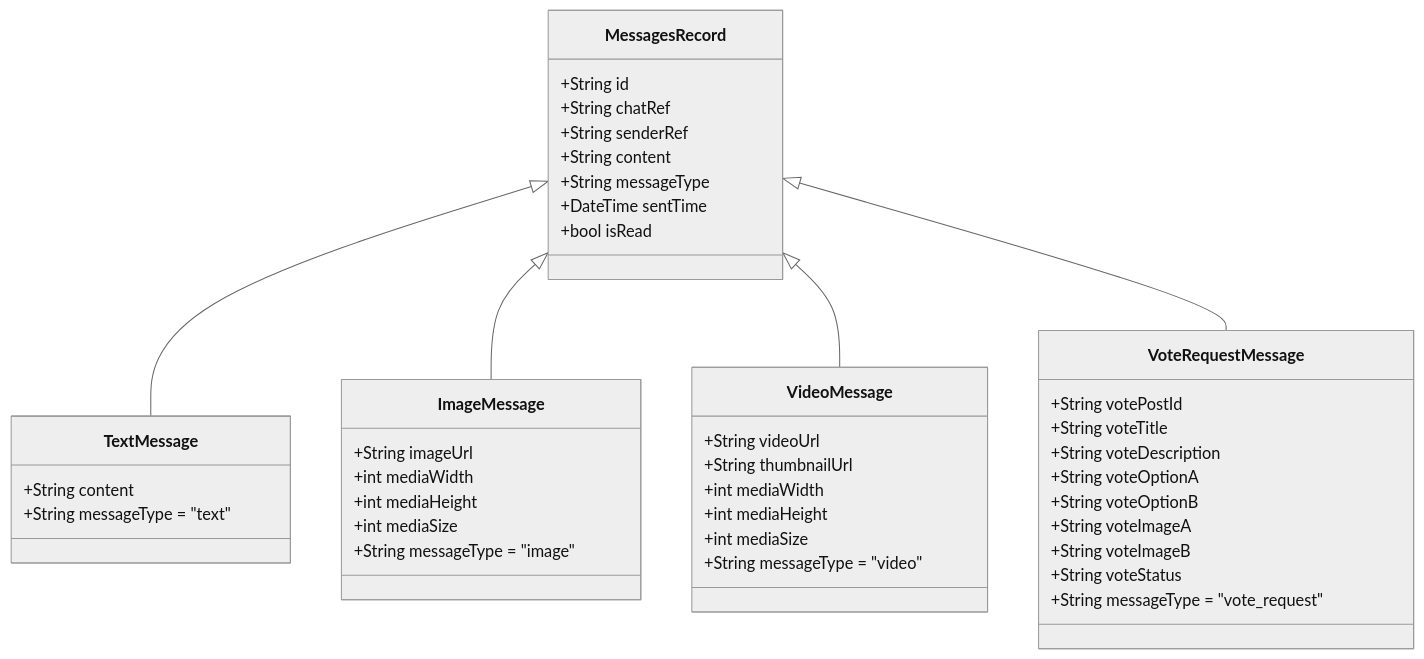
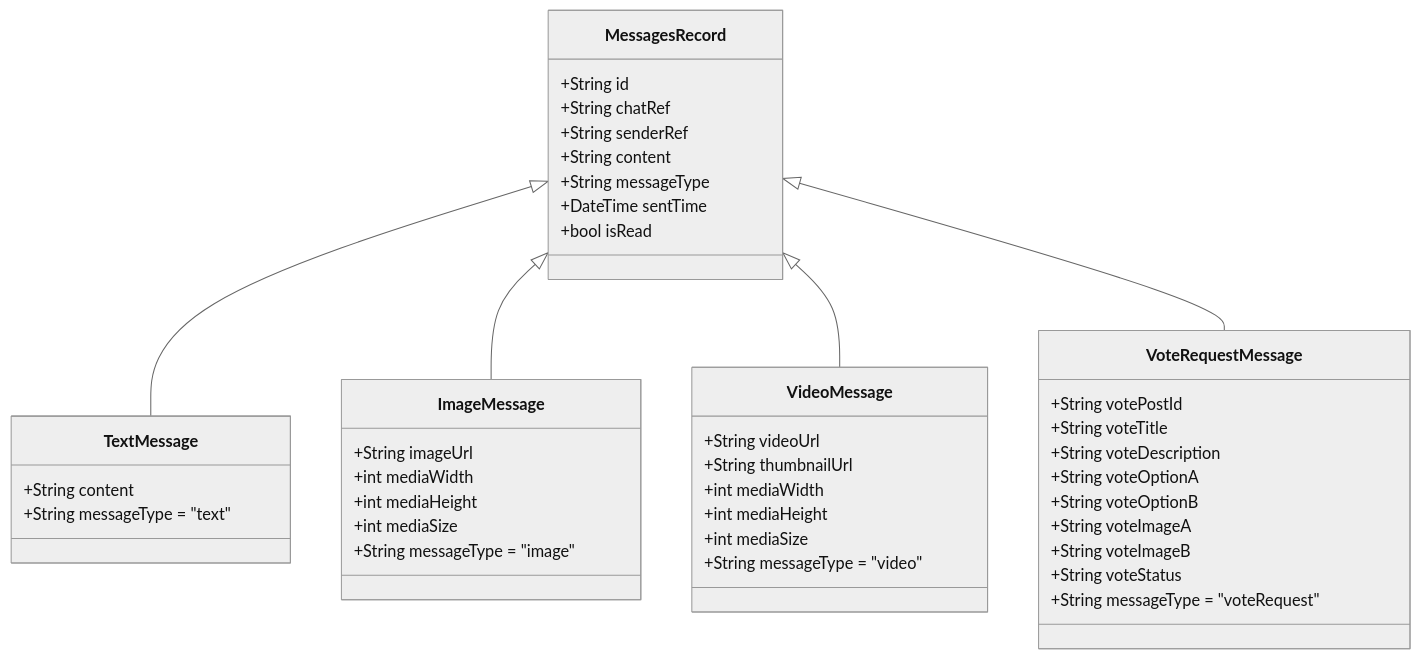
Diagram 15 of 17 in 백엔드다이어그램.md (gblack84/versus-cursor), drawn with Mermaid (neutral theme) before and after one commit. The commit also changed other lines of this file and 89 other files, not shown here.

````diff
--- a/백엔드다이어그램.md
+++ b/백엔드다이어그램.md
@@ -822,51 +822,51 @@
 ```mermaid
 classDiagram
     class MessagesRecord {
         +String id
         +String chatRef
         +String senderRef
         +String content
         +String messageType
         +DateTime sentTime
         +bool isRead
     }
     
     class TextMessage {
         +String content
         +String messageType = "text"
     }
     
     class ImageMessage {
         +String imageUrl
         +int mediaWidth
         +int mediaHeight
         +int mediaSize
         +String messageType = "image"
     }
     
     class VideoMessage {
         +String videoUrl
         +String thumbnailUrl
         +int mediaWidth
         +int mediaHeight
         +int mediaSize
         +String messageType = "video"
     }
     
     class VoteRequestMessage {
         +String votePostId
         +String voteTitle
         +String voteDescription
         +String voteOptionA
         +String voteOptionB
         +String voteImageA
         +String voteImageB
         +String voteStatus
-        +String messageType = "vote_request"
+        +String messageType = "voteRequest"
     }
     
     MessagesRecord <|-- TextMessage
     MessagesRecord <|-- ImageMessage
     MessagesRecord <|-- VideoMessage
     MessagesRecord <|-- VoteRequestMessage
 ```
````
